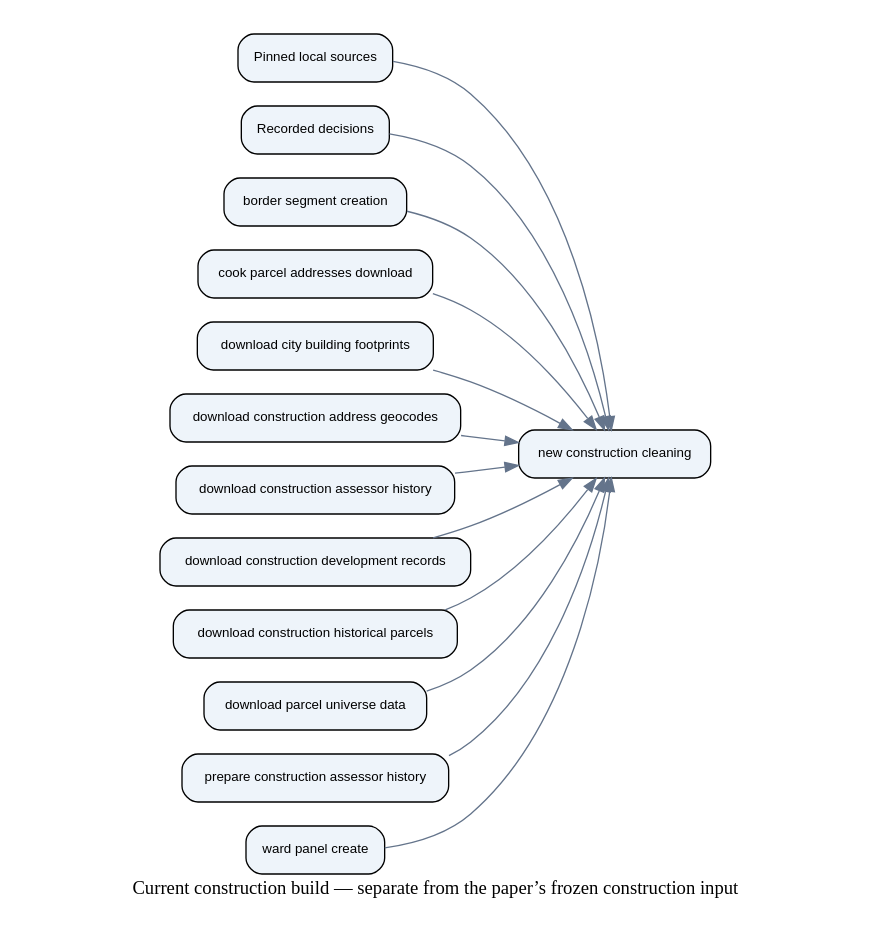
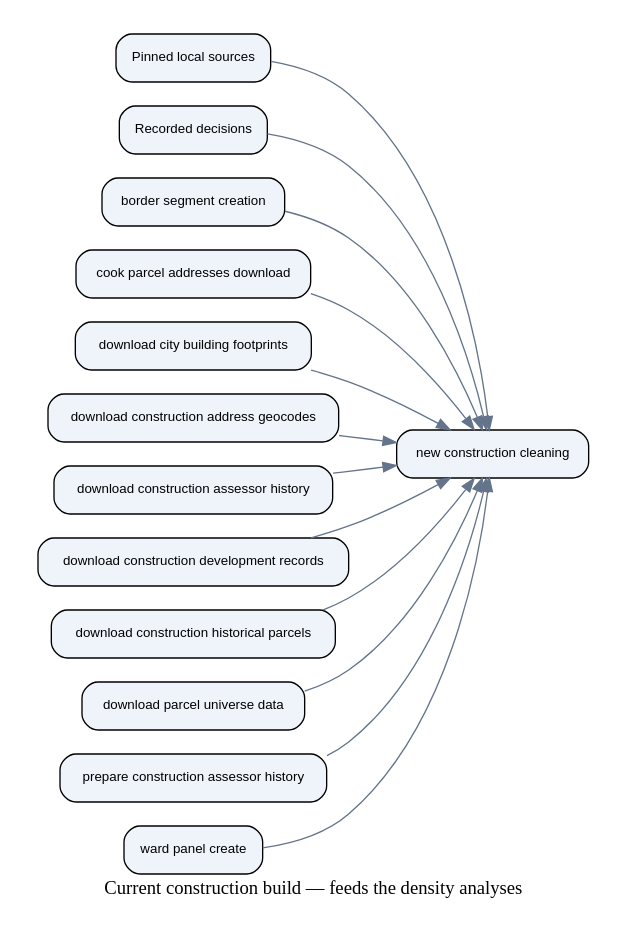
One commit to JacobHerbstman/aldermanic_privilege changed the diagram in task_graph/construction_tasks.dot. Above: the diagram before and after it, drawn with Graphviz. The commit also changed 440 other files, not shown here.

```diff
--- a/task_graph/construction_tasks.dot
+++ b/task_graph/construction_tasks.dot
@@ -1,32 +1,32 @@
 digraph construction {
 rankdir=LR;
 graph [bgcolor="white", pad=.25, nodesep=.25, ranksep=.5];
 node [shape=box, style="rounded,filled", fillcolor="#eef4fa", fontname="Helvetica", fontsize=10];
 edge [color="#64748b"];
 "Pinned local sources" [label="Pinned local sources"];
 "Recorded decisions" [label="Recorded decisions"];
 "border_segment_creation" [label="border segment creation"];
 "cook_parcel_addresses_download" [label="cook parcel addresses download"];
 "download_city_building_footprints" [label="download city building footprints"];
 "download_construction_address_geocodes" [label="download construction address geocodes"];
 "download_construction_assessor_history" [label="download construction assessor history"];
 "download_construction_development_records" [label="download construction development records"];
 "download_construction_historical_parcels" [label="download construction historical parcels"];
 "download_parcel_universe_data" [label="download parcel universe data"];
 "new_construction_cleaning" [label="new construction cleaning"];
 "prepare_construction_assessor_history" [label="prepare construction assessor history"];
 "ward_panel_create" [label="ward panel create"];
 "Pinned local sources" -> "new_construction_cleaning";
 "Recorded decisions" -> "new_construction_cleaning";
 "border_segment_creation" -> "new_construction_cleaning";
 "cook_parcel_addresses_download" -> "new_construction_cleaning";
 "download_city_building_footprints" -> "new_construction_cleaning";
 "download_construction_address_geocodes" -> "new_construction_cleaning";
 "download_construction_assessor_history" -> "new_construction_cleaning";
 "download_construction_development_records" -> "new_construction_cleaning";
 "download_construction_historical_parcels" -> "new_construction_cleaning";
 "download_parcel_universe_data" -> "new_construction_cleaning";
 "prepare_construction_assessor_history" -> "new_construction_cleaning";
 "ward_panel_create" -> "new_construction_cleaning";
-label="Current construction build — separate from the paper’s frozen construction input";
+label="Current construction build — feeds the density analyses";
 }
```
